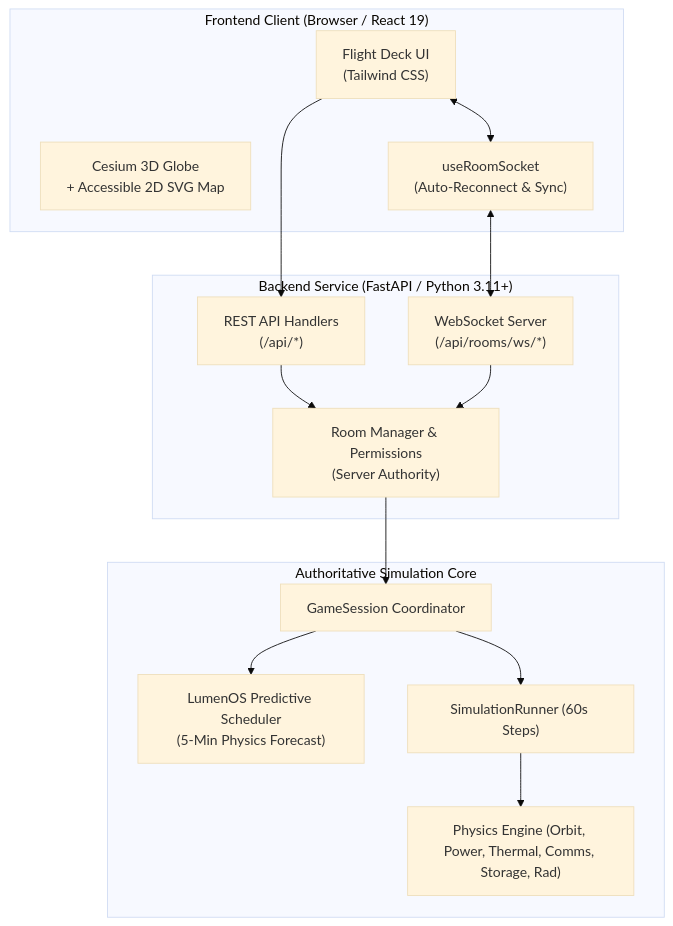
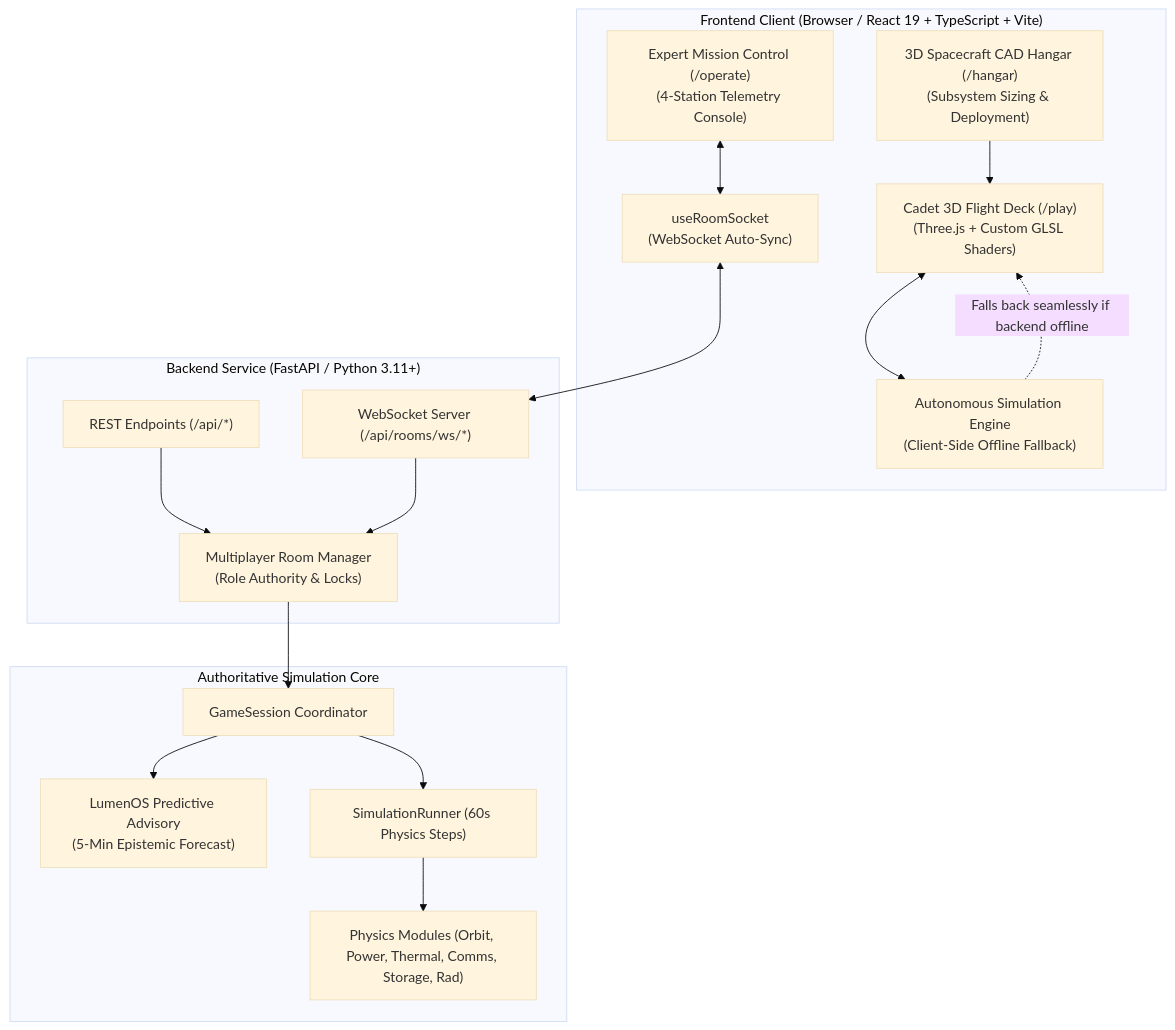
One commit to Alif-E7/LumenOS changed the diagram in README.md. Above: the diagram before and after it, drawn with Mermaid (base theme). The commit also changed other lines of this file, not shown here.

````diff
--- a/README.md
+++ b/README.md
@@ -47,31 +92,35 @@
 ```mermaid
 flowchart TD
-    subgraph Client["Frontend Client (Browser / React 19)"]
-        UI["Flight Deck UI<br/>(Tailwind CSS)"]
-        CES["Cesium 3D Globe<br/>+ Accessible 2D SVG Map"]
-        WS_CLIENT["useRoomSocket<br/>(Auto-Reconnect & Sync)"]
+    subgraph Client["Frontend Client (Browser / React 19 + TypeScript + Vite)"]
+        PLAY["Cadet 3D Flight Deck (/play)<br/>(Three.js + Custom GLSL Shaders)"]
+        OPERATE["Expert Mission Control (/operate)<br/>(4-Station Telemetry Console)"]
+        HANGAR["3D Spacecraft CAD Hangar (/hangar)<br/>(Subsystem Sizing & Deployment)"]
+        AUTO_ENGINE["Autonomous Simulation Engine<br/>(Client-Side Offline Fallback)"]
+        WS_CLIENT["useRoomSocket<br/>(WebSocket Auto-Sync)"]
     end
 
     subgraph Backend["Backend Service (FastAPI / Python 3.11+)"]
-        API["REST API Handlers<br/>(/api/*)"]
-        WS["WebSocket Server<br/>(/api/rooms/ws/*)"]
-        ROOMS["Room Manager & Permissions<br/>(Server Authority)"]
+        API["REST Endpoints (/api/*)"]
+        WS["WebSocket Server (/api/rooms/ws/*)"]
+        ROOMS["Multiplayer Room Manager<br/>(Role Authority & Locks)"]
     end
 
     subgraph Core["Authoritative Simulation Core"]
         SESSION["GameSession Coordinator"]
-        AI["LumenOS Predictive Scheduler<br/>(5-Min Physics Forecast)"]
-        SIM["SimulationRunner (60s Steps)"]
-        PHYS["Physics Engine (Orbit, Power, Thermal, Comms, Storage, Rad)"]
+        AI["LumenOS Predictive Advisory<br/>(5-Min Epistemic Forecast)"]
+        SIM["SimulationRunner (60s Physics Steps)"]
+        PHYS["Physics Modules (Orbit, Power, Thermal, Comms, Storage, Rad)"]
     end
 
-    UI --> API
-    UI <--> WS_CLIENT
+    PLAY <--> AUTO_ENGINE
+    OPERATE <--> WS_CLIENT
+    HANGAR --> PLAY
     WS_CLIENT <--> WS
     API --> ROOMS
     WS --> ROOMS
     ROOMS --> SESSION
     SESSION --> AI
     SESSION --> SIM
     SIM --> PHYS
+    AUTO_ENGINE -.->|Falls back seamlessly if backend offline| PLAY
 ```
````
